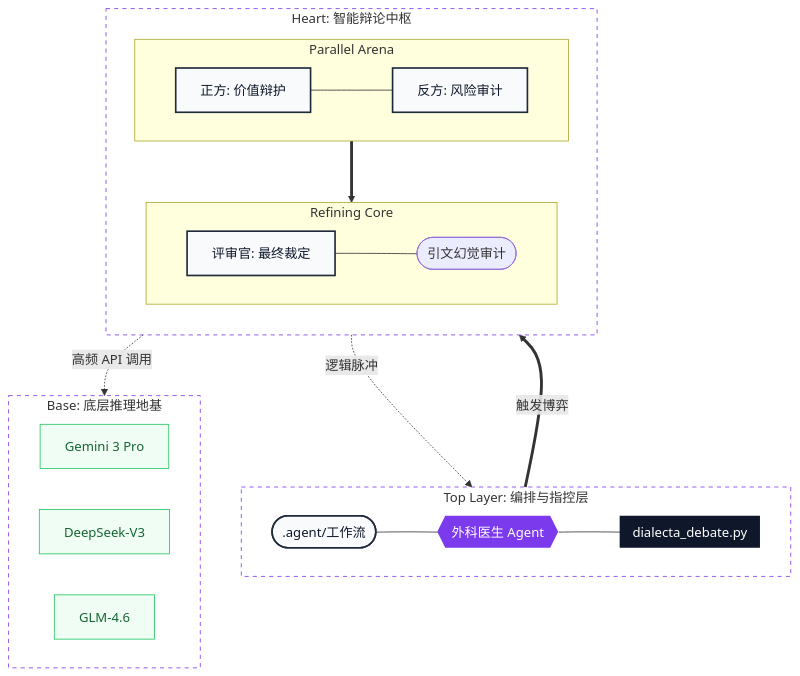
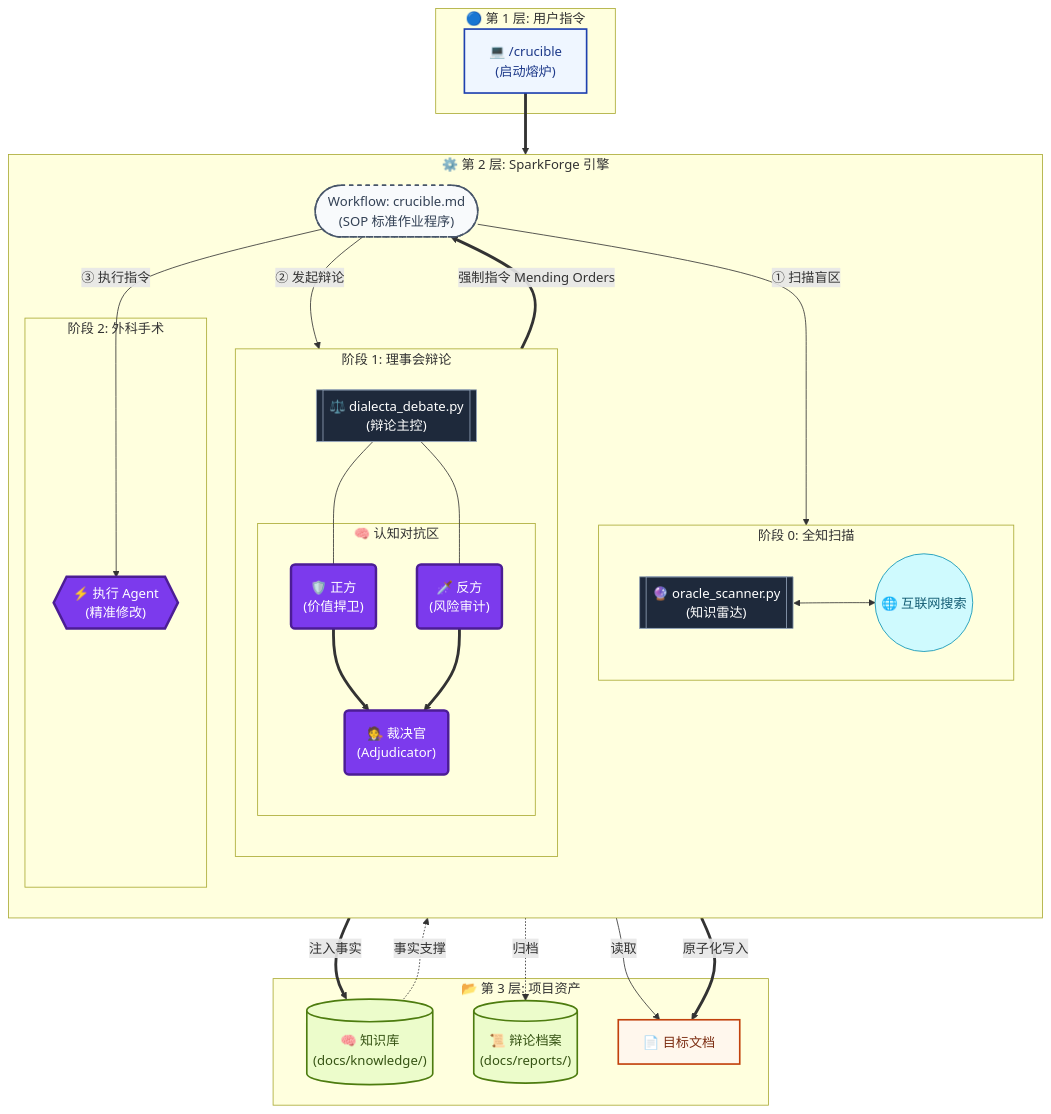
The diagram in README.md (hrygo/SparkForge), drawn with Mermaid before and after one commit. The commit also changed other lines of this file and 1 other file, not shown here.

````diff
--- a/README.md
+++ b/README.md
@@ -45,53 +49,85 @@
 ```mermaid
 flowchart TB
-    %% Configuration & Global Styles
-    %% Using theme-aware or neutral colors to support both light and dark modes
-    classDef layerBox fill:none,stroke:#7c3aed,stroke-width:1px,stroke-dasharray: 5 5;
-    classDef coreNode fill:#f8fafc,stroke:#1e293b,stroke-width:2px,color:#0f172a;
-    classDef darkNode fill:#0f172a,color:#ffffff,stroke-width:0px;
-    classDef agentNode fill:#7c3aed,color:#ffffff,stroke-width:0px;
-    classDef modelNode fill:#f0fdf4,stroke:#22c55e,stroke-width:1px,color:#166534;
+    %% ======================================================================================
+    %% 🎨 视觉风格定义
+    %% ======================================================================================
+    classDef userSpace fill:#eff6ff,stroke:#1e40af,stroke-width:2px,color:#1e3a8a;
+    classDef workflow fill:#f8fafc,stroke:#475569,stroke-width:2px,stroke-dasharray: 5 5,color:#334155;
+    classDef script fill:#1e293b,stroke:#94a3b8,stroke-width:1px,color:#fff;
+    classDef agent fill:#7c3aed,stroke:#4c1d95,stroke-width:3px,color:#fff;
+    classDef db fill:#ecfccb,stroke:#4d7c0f,stroke-width:2px,color:#365314;
+    classDef doc fill:#fff7ed,stroke:#c2410c,stroke-width:2px,color:#7c2d12;
+    classDef web fill:#cffafe,stroke:#0891b2,stroke-width:1px,color:#155e75;
 
-    %% 1. Orchestration Layer
-    subgraph L1 [Top Layer: 编排与指控层]
-        direction LR
-        W([.agent/工作流]) --- S{{外科医生 Agent}}
-        S --- P[[dialecta_debate.py]]
+    %% ======================================================================================
+    %% 第 1 层：交互入口
+    %% ======================================================================================
+    subgraph UserSpace [🔵 第 1 层: 用户指令]
+        CMD["💻 /crucible<br/>(启动熔炉)"]:::userSpace
     end
 
-    %% 2. Intelligence Layer
-    subgraph L2 [Heart: 智能辩论中枢]
+    %% ======================================================================================
+    %% 第 2 层：引擎核心
+    %% ======================================================================================
+    subgraph Engine [⚙️ 第 2 层: SparkForge 引擎]
         direction TB
-        subgraph DebateBlock [Parallel Arena]
+        
+        SOP(["Workflow: crucible.md<br/>(SOP 标准作业程序)"]):::workflow
+        
+        subgraph Phase0 [阶段 0: 全知扫描]
             direction LR
-            Aff[正方: 价值辩护] --- Neg[反方: 风险审计]
+            Scanner[["🔮 oracle_scanner.py<br/>(知识雷达)"]]:::script
+            WWW(("🌐 互联网搜索")):::web
+            Scanner <--> WWW
         end
 
-        subgraph VerdictBlock [Refining Core]
-            direction LR
-            Adj[评审官: 最终裁定] --- Audit([引文幻觉审计])
+        subgraph Phase1 [阶段 1: 理事会辩论]
+            direction TB
+            Debater[["⚖️ dialecta_debate.py<br/>(辩论主控)"]]:::script
+            
+            subgraph Council [🧠 认知对抗区]
+                Aff("🛡️ 正方<br/>(价值捍卫)"):::agent
+                Neg("🗡️ 反方<br/>(风险审计)"):::agent
+                Adj("🧑‍⚖️ 裁决官<br/>(Adjudicator)"):::agent
+            end
+            
+            Debater --- Aff & Neg
+            Aff & Neg ==> Adj
         end
-
-        DebateBlock ==> VerdictBlock
+        
+        subgraph Phase3 [阶段 2: 外科手术]
+            Surgeon{{"⚡ 执行 Agent<br/>(精准修改)"}}:::agent
+        end
     end
 
-    %% 3. Foundation Layer
-    subgraph L3 [Base: 底层推理地基]
-        direction LR
-        M1[Gemini 3 Pro]
-        M2[DeepSeek-V3]
-        M3[GLM-4.6]
+    %% ======================================================================================
+    %% 第 3 层：数据资产
+    %% ======================================================================================
+    subgraph Storage [📂 第 3 层: 项目资产]
+        Store_Know[("🧠 知识库<br/>(docs/knowledge/)")]:::db
+        Store_Report[("📜 辩论档案<br/>(docs/reports/)")]:::db
+        Target_Doc["📄 目标文档"]:::doc
     end
 
-    %% Flows
-    P ==>|触发博弈| DebateBlock
-    VerdictBlock -.->|逻辑脉冲| P
-    L2 -.->|高频 API 调用| L3
-
-    %% Styling Applications
-    class L1,L2,L3 layerBox;
-    class W,Aff,Neg,Adj coreNode;
-    class S agentNode;
-    class P darkNode;
-    class M1,M2,M3 modelNode;
+    %% ======================================================================================
+    %% 🔗 数据流逻辑
+    %% ======================================================================================
+    
+    %% 启动
+    CMD ==> SOP
+    
+    %% 阶段 0: 知识注入
+    SOP -->|① 扫描盲区| Scanner
+    Scanner ==>|注入事实| Store_Know
+    
+    %% 阶段 1: 事实锚定辩论
+    SOP -->|② 发起辩论| Debater
+    Debater -->|读取| Target_Doc
+    Store_Know -.->|事实支撑| Neg
+    Adj ==>|强制指令 Mending Orders| SOP
+    Adj -.->|归档| Store_Report
+    
+    %% 阶段 2: 执行
+    SOP -->|③ 执行指令| Surgeon
+    Surgeon ==>|原子化写入| Target_Doc
 ```
````
